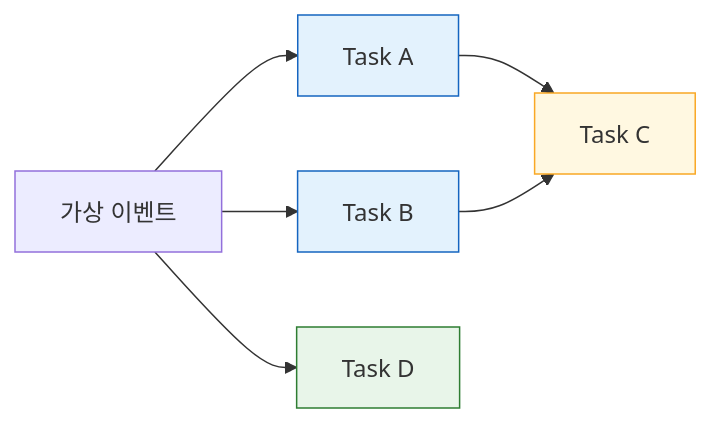
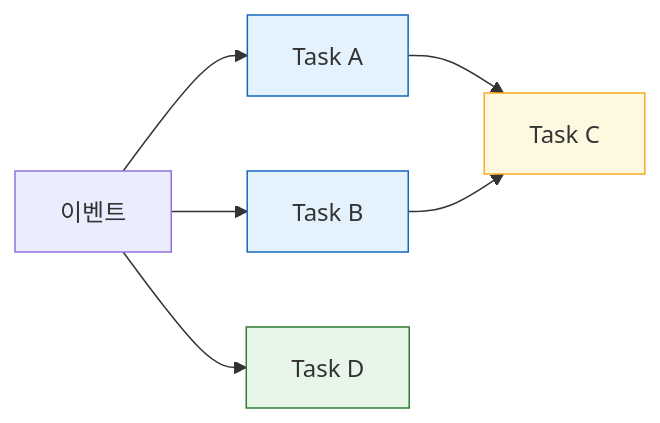
Before and after one commit to jiwon11/jiwon11.github.io: the sixth of 10 diagrams in _posts/2026-06-29-ai-conversation-post-processing-pipeline.md, drawn with Mermaid. The commit also changed other lines of this file and 7 other files, not shown here.

```diff
--- a/_posts/2026-06-29-ai-conversation-post-processing-pipeline.md
+++ b/_posts/2026-06-29-ai-conversation-post-processing-pipeline.md
@@ -211,14 +205,14 @@
 ~~~mermaid
 flowchart LR
-    E["가상 이벤트"]
+    E["이벤트"]
     E --> A["Task A"]
     E --> B["Task B"]
     A --> C["Task C"]
     B --> C
     E --> D["Task D"]
 
     style A fill:#e3f2fd,stroke:#1565c0
     style B fill:#e3f2fd,stroke:#1565c0
     style C fill:#fff8e1,stroke:#f9a825
     style D fill:#e8f5e9,stroke:#2e7d32
 ~~~
```
